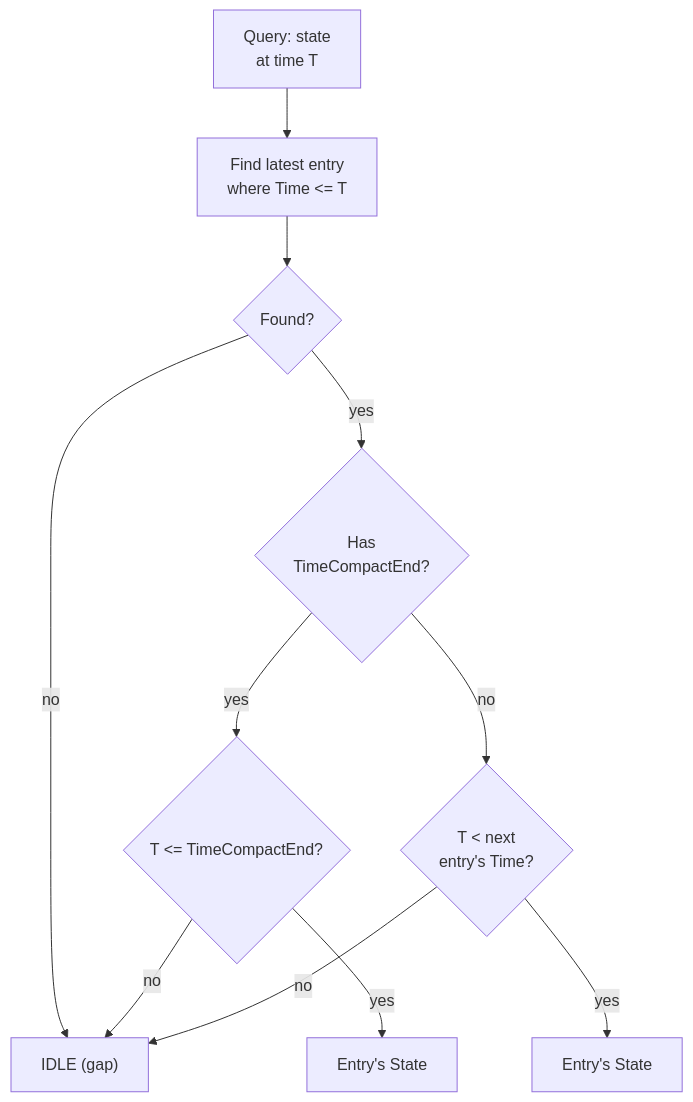
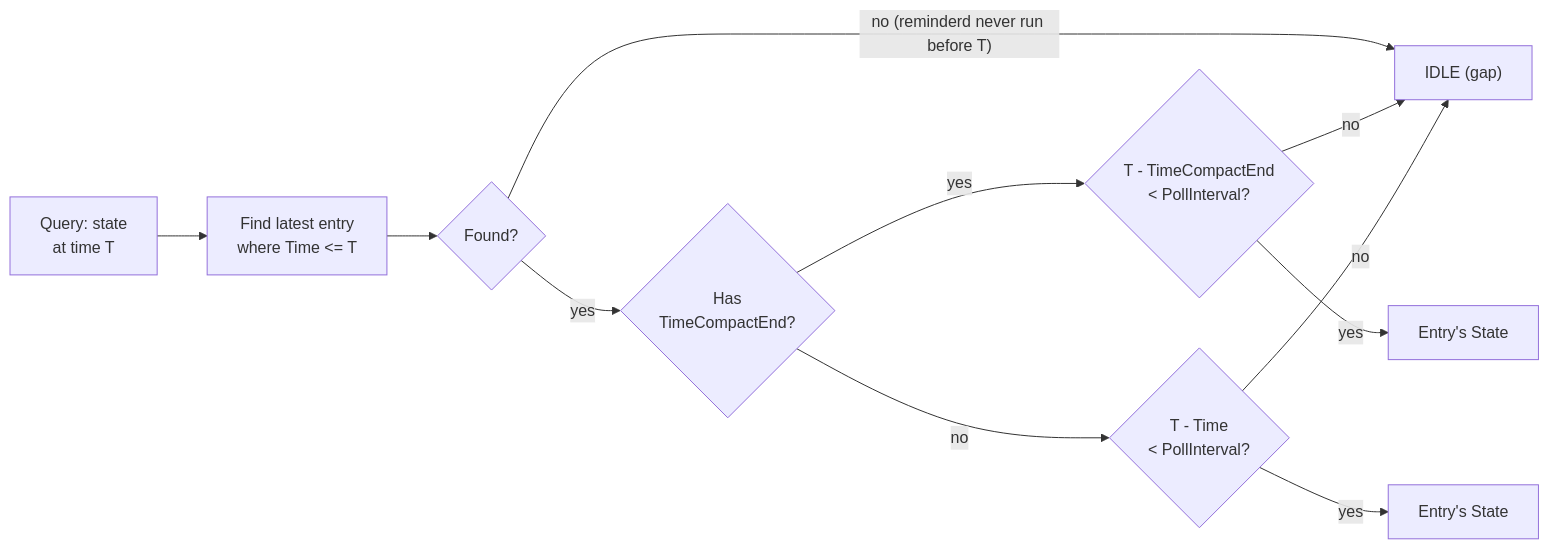
Before and after one commit to daominah/reminderd: the second of 3 diagrams in README.md, drawn with Mermaid. The commit also changed other lines of this file and 8 other files, not shown here.

Commit message:
make restoreActiveStart gap-aware and compact-aware, FormatTime always uses Vietnam timezone

````diff
--- a/README.md
+++ b/README.md
@@ -101,13 +101,13 @@
 ```mermaid
-flowchart TD
+flowchart LR
     Q["Query: state\nat time T"] --> F["Find latest entry\nwhere Time <= T"]
     F --> C{"Found?"}
-    C -- no --> R0["IDLE (gap)"]
+    C -- " no (reminderd never run before T) " --> R0["IDLE (gap)"]
     C -- yes --> D{"Has\nTimeCompactEnd?"}
-    D -- yes --> E1{"T <= TimeCompactEnd?"}
+    D -- yes --> E1{"T - TimeCompactEnd \n< PollInterval?"}
     E1 -- yes --> R1["Entry's State"]
     E1 -- no --> R0
-    D -- no --> E2{"T < next\nentry's Time?"}
+    D -- no --> E2{"T - Time \n< PollInterval?"}
     E2 -- yes --> R2["Entry's State"]
     E2 -- no --> R0
 ```
````
